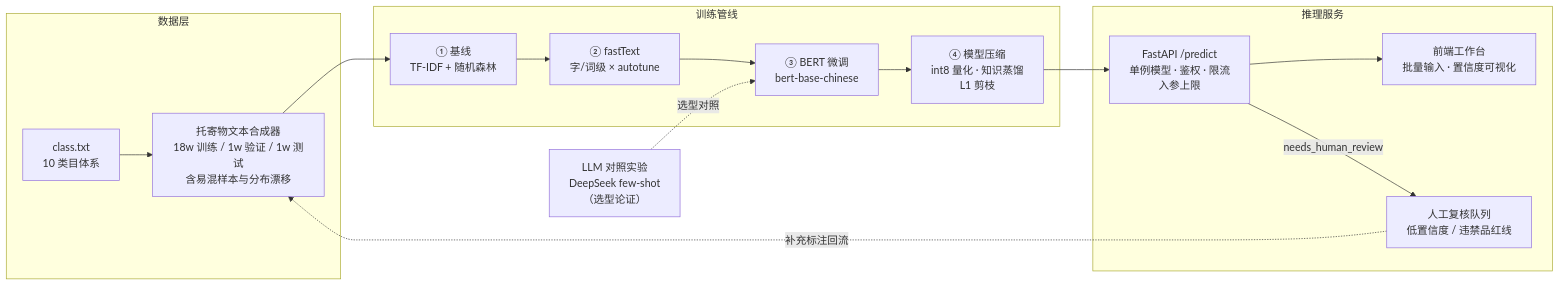
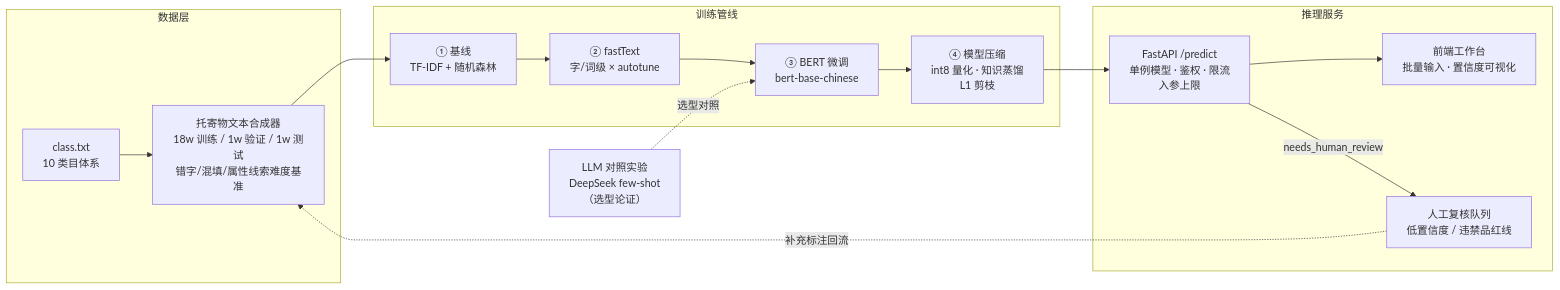
One commit to poincare-lijiashu/Supply-Chain-NLP changed the diagram in README.md. Above: the diagram before and after it, drawn with Mermaid. The commit also changed other lines of this file and 15 other files, not shown here.

Commit message:
feat: 难度基准重训（BERT 96.37/蒸馏 96.46 反超教师）+ 图表叙事重构

````diff
--- a/README.md
+++ b/README.md
@@ -24,26 +24,26 @@
 ```mermaid
 flowchart LR
     subgraph 数据层
-        GEN["托寄物文本合成器<br/>18w 训练 / 1w 验证 / 1w 测试<br/>含易混样本与分布漂移"]
+        GEN["托寄物文本合成器<br/>18w 训练 / 1w 验证 / 1w 测试<br/>错字/混填/属性线索难度基准"]
         CLASS["class.txt<br/>10 类目体系"]
     end
     subgraph 训练管线
         BASE["① 基线<br/>TF-IDF + 随机森林"]
         FT["② fastText<br/>字/词级 × autotune"]
         BERT["③ BERT 微调<br/>bert-base-chinese"]
         COMP["④ 模型压缩<br/>int8 量化 · 知识蒸馏<br/>L1 剪枝"]
     end
     subgraph 推理服务
         API["FastAPI /predict<br/>单例模型 · 鉴权 · 限流<br/>入参上限"]
         FRONT["前端工作台<br/>批量输入 · 置信度可视化"]
         HUMAN["人工复核队列<br/>低置信度 / 违禁品红线"]
     end
     LLM["LLM 对照实验<br/>DeepSeek few-shot<br/>（选型论证）"]
 
     GEN --> BASE --> FT --> BERT --> COMP --> API
     CLASS --> GEN
     LLM -. 选型对照 .-> BERT
     API --> FRONT
     API -- "needs_human_review" --> HUMAN
     HUMAN -. 补充标注回流 .-> GEN
 ```
````
